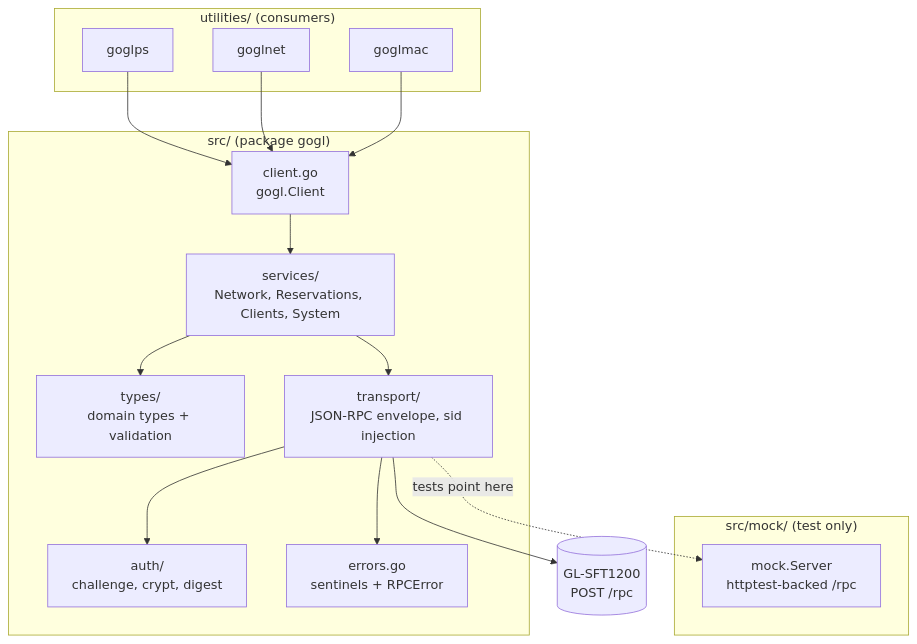
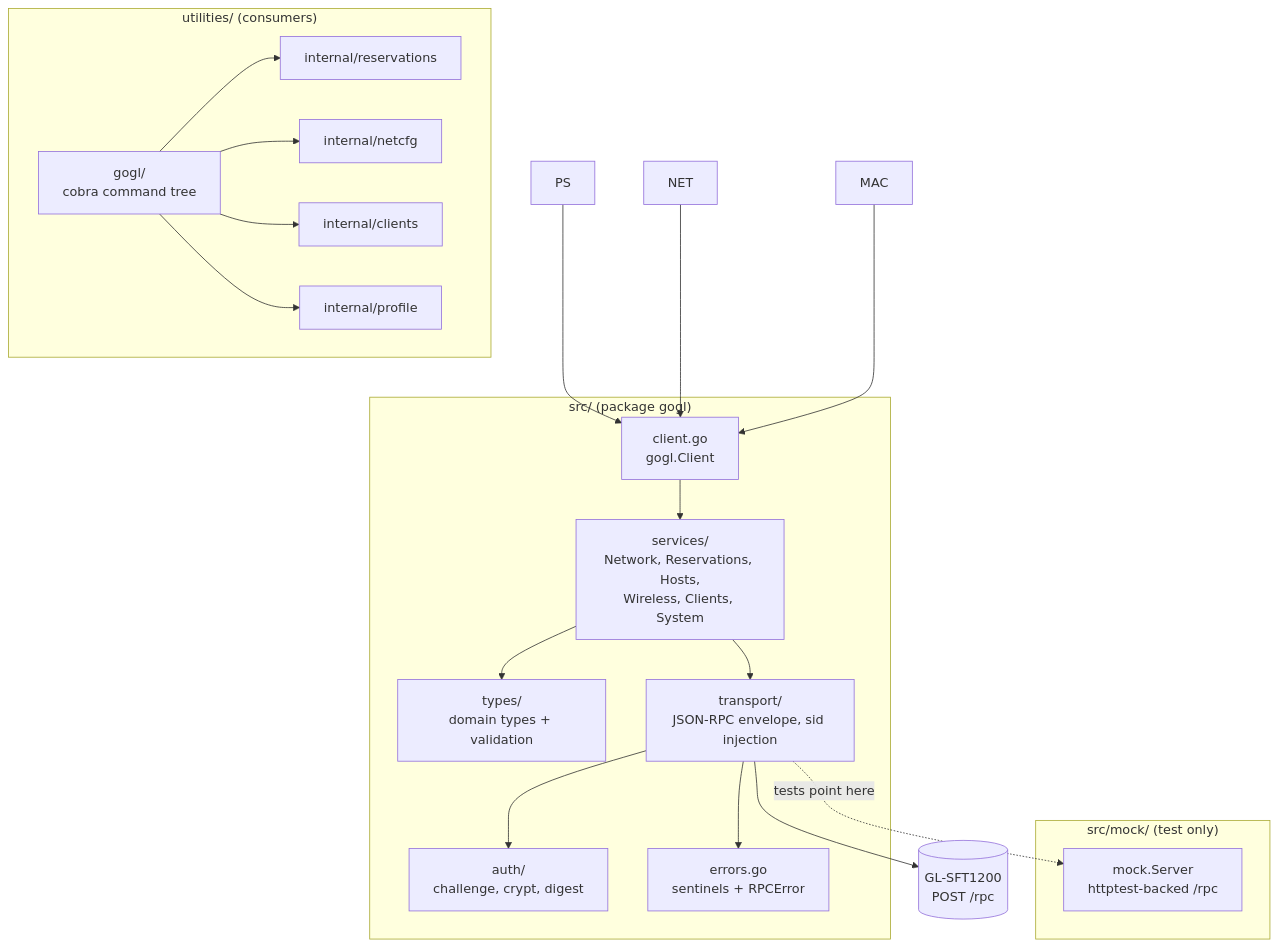
One commit to emergingrobotics/gogl changed the third of 8 diagrams in docs/DESIGN.md. Above: the diagram before and after it, drawn with Mermaid. The commit also changed other lines of this file and 3 other files, not shown here.

````diff
--- a/docs/DESIGN.md
+++ b/docs/DESIGN.md
@@ -143,35 +148,41 @@
 ```mermaid
 graph TD
     subgraph utilities["utilities/ (consumers)"]
-        PS[goglps]
-        NET[goglnet]
-        MAC[goglmac]
+        CLI["gogl/<br/>cobra command tree"]
+        RES["internal/reservations"]
+        NETC["internal/netcfg"]
+        CLIENTS["internal/clients"]
+        PROF["internal/profile"]
+        CLI --> RES
+        CLI --> NETC
+        CLI --> CLIENTS
+        CLI --> PROF
     end
 
     subgraph lib["src/ (package gogl)"]
         CLIENT["client.go<br/>gogl.Client"]
-        SERVICES["services/<br/>Network, Reservations, Clients, System"]
+        SERVICES["services/<br/>Network, Reservations, Hosts,<br/>Wireless, Clients, System"]
         TYPES["types/<br/>domain types + validation"]
         TRANSPORT["transport/<br/>JSON-RPC envelope, sid injection"]
         AUTH["auth/<br/>challenge, crypt, digest"]
         ERRORS["errors.go<br/>sentinels + RPCError"]
     end
 
     subgraph test["src/mock/ (test only)"]
         MOCK["mock.Server<br/>httptest-backed /rpc"]
     end
 
     DEVICE[("GL-SFT1200<br/>POST /rpc")]
 
     PS --> CLIENT
     NET --> CLIENT
     MAC --> CLIENT
 
     CLIENT --> SERVICES
     SERVICES --> TYPES
     SERVICES --> TRANSPORT
     TRANSPORT --> AUTH
     TRANSPORT --> ERRORS
     TRANSPORT --> DEVICE
     TRANSPORT -.->|"tests point here"| MOCK
 ```
````
